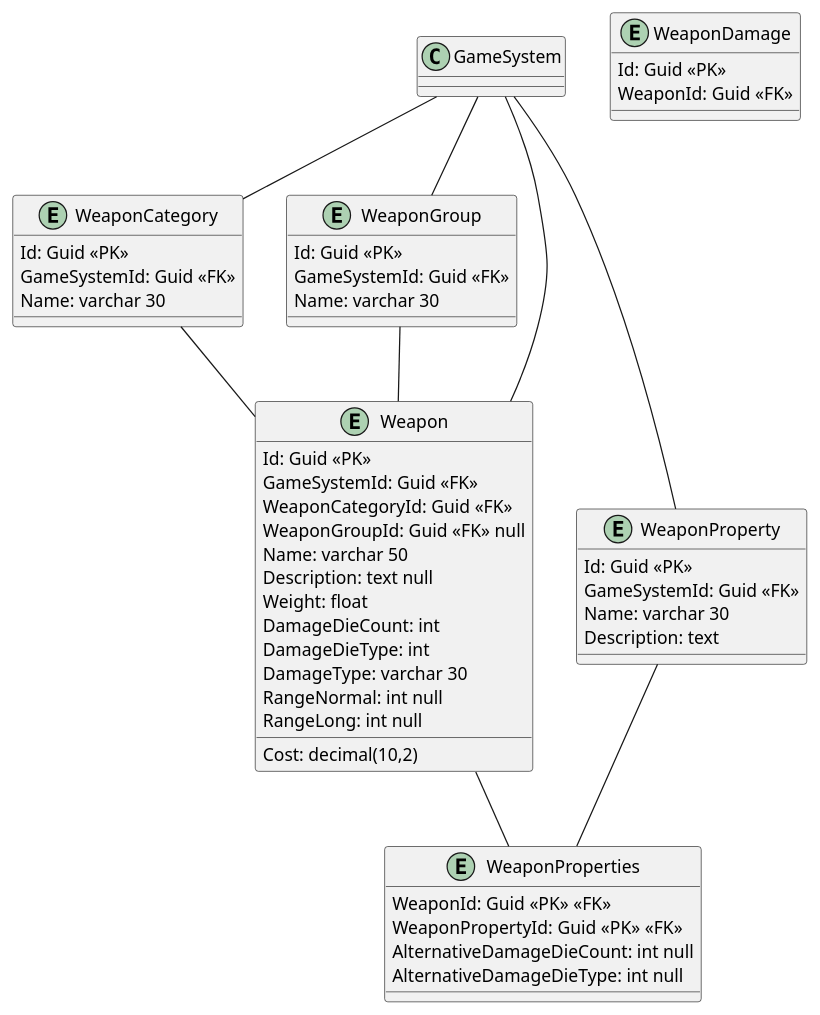
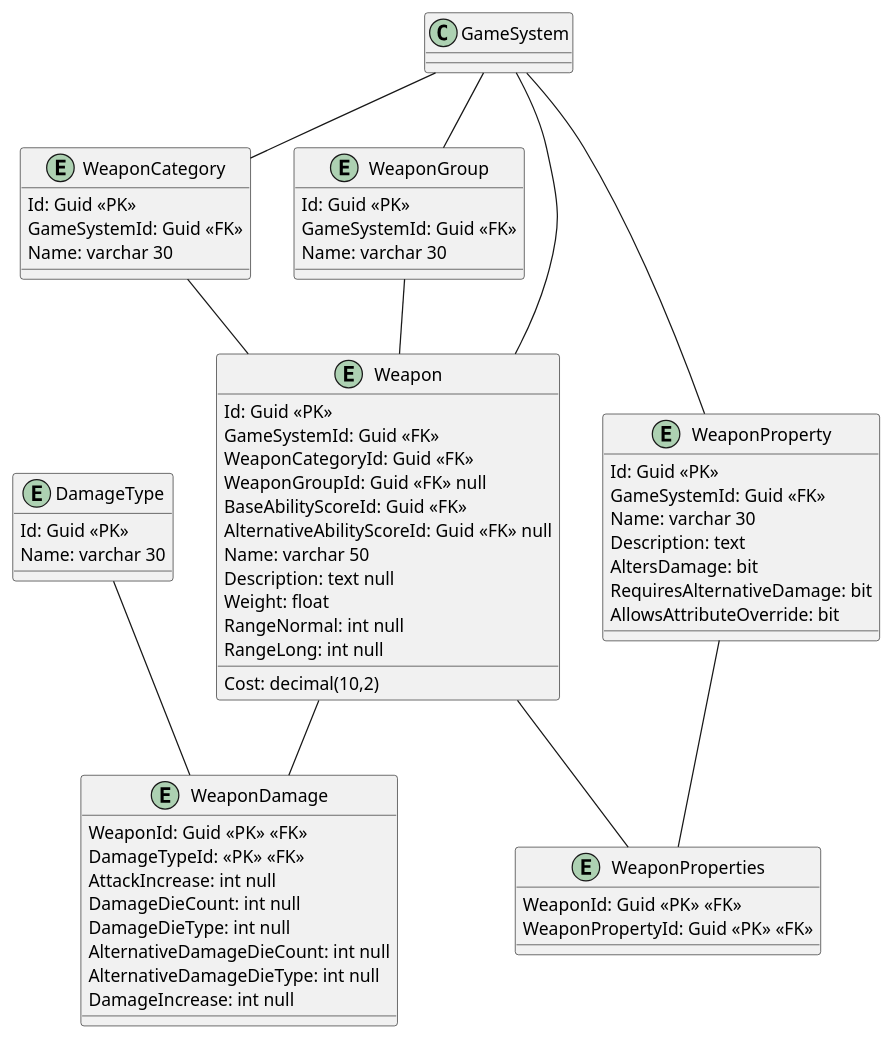
The diagram in Diagrams/Weapon_diagram.puml (LucasZottis/RPGManager), drawn with PlantUML before and after one commit.

Commit message:
Update Weapon and WeaponDamage entity definitions
Added new fields to Weapon and WeaponDamage entities, and removed unused fields.

```diff
--- a/Diagrams/Weapon_diagram.puml
+++ b/Diagrams/Weapon_diagram.puml
@@ -1,71 +1,73 @@
 @startuml Weapon
 entity WeaponCategory {
     Id: Guid <<PK>>
     GameSystemId: Guid <<FK>>
     Name: varchar 30
 }
 
 entity WeaponGroup {
     Id: Guid <<PK>>
     GameSystemId: Guid <<FK>>
     Name: varchar 30
 }
 
 entity WeaponProperty {
     Id: Guid <<PK>>
     GameSystemId: Guid <<FK>>
     Name: varchar 30
     Description: text
+    AltersDamage: bit
+    RequiresAlternativeDamage: bit
+    AllowsAttributeOverride: bit
 }
 
 entity Weapon {
     Id: Guid <<PK>>
     GameSystemId: Guid <<FK>>
     WeaponCategoryId: Guid <<FK>>
     WeaponGroupId: Guid <<FK>> null
+    BaseAbilityScoreId: Guid <<FK>>
+    AlternativeAbilityScoreId: Guid <<FK>> null
     Name: varchar 50
     Description: text null
     Cost: decimal(10,2)
     Weight: float
-    DamageDieCount: int
-    DamageDieType: int
-    DamageType: varchar 30
     RangeNormal: int null
     RangeLong: int null
-    ' IsFinesse: bit
-    ' IsLight: bit
-    ' IsHeavy: bit
-    ' IsTwoHanded: bit
-    ' IsVersatile: bit
-    ' AlternativeDamageDieCount: int null
-    ' AlternativeDamageDieType: int null
 }
 
-'entity DamageType {
-'    Id: Guid <<PK>>
-'    Name: varchar 30
-'}
+entity DamageType {
+    Id: Guid <<PK>>
+    Name: varchar 30
+}
 
 entity WeaponDamage {
-    Id: Guid <<PK>>
-    WeaponId: Guid <<FK>>
+    WeaponId: Guid <<PK>> <<FK>>
+    DamageTypeId: <<PK>> <<FK>>
+    AttackIncrease: int null
+    DamageDieCount: int null
+    DamageDieType: int null
+    AlternativeDamageDieCount: int null
+    AlternativeDamageDieType: int null
+    DamageIncrease: int null
 }
 
 entity WeaponProperties {
     WeaponId: Guid <<PK>> <<FK>>
     WeaponPropertyId: Guid <<PK>> <<FK>>
-    AlternativeDamageDieCount: int null
-    AlternativeDamageDieType: int null
 }
 
 GameSystem -- WeaponCategory
 GameSystem -- WeaponGroup
 GameSystem -- Weapon
 GameSystem -- WeaponProperty
 
 WeaponCategory -- Weapon
 WeaponGroup -- Weapon
 
 Weapon -- WeaponProperties
 WeaponProperty -- WeaponProperties
+
+Weapon -- WeaponDamage
+DamageType -- WeaponDamage
 @enduml
```
